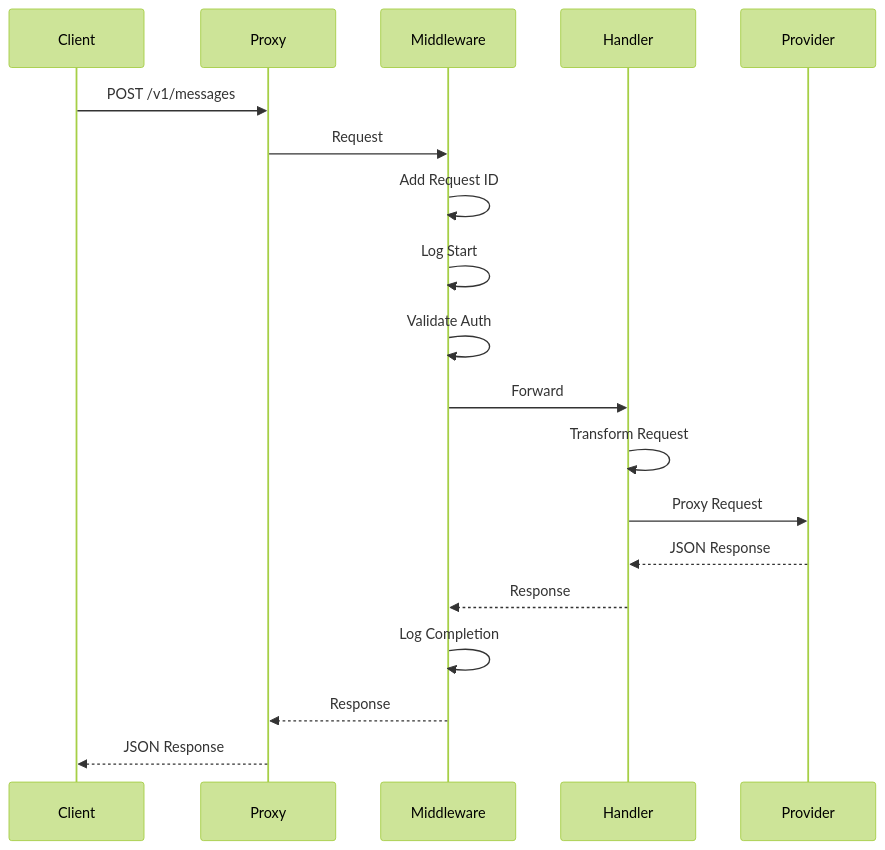
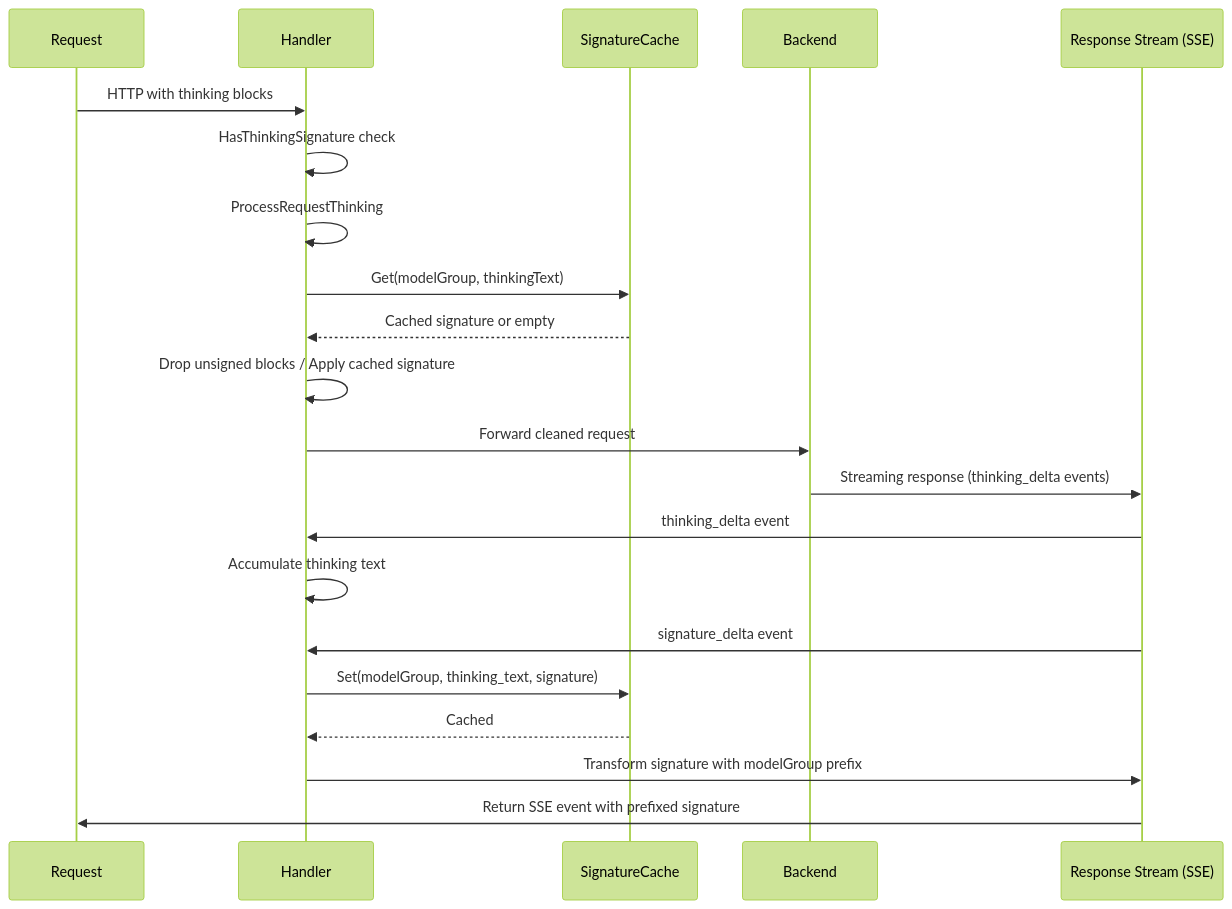
The third of 5 diagrams in docs-site/content/en/docs/architecture.md (omarluq/cc-relay), drawn with Mermaid (forest theme) before and after one commit. The commit also changed other lines of this file and 5 other files, not shown here.

First line of the commit message:
docs: rewrite architecture docs with multi-provider support

````diff
--- a/docs-site/content/en/docs/architecture.md
+++ b/docs-site/content/en/docs/architecture.md
@@ -182,22 +173,25 @@
 ```mermaid
 sequenceDiagram
-    participant Client
-    participant Proxy
-    participant Middleware
+    participant Request
     participant Handler
-    participant Provider
+    participant SignatureCache
+    participant Backend
+    participant ResponseStream as Response Stream (SSE)
 
-    Client->>Proxy: POST /v1/messages
-    Proxy->>Middleware: Request
-    Middleware->>Middleware: Add Request ID
-    Middleware->>Middleware: Log Start
-    Middleware->>Middleware: Validate Auth
-    Middleware->>Handler: Forward
-    Handler->>Handler: Transform Request
-    Handler->>Provider: Proxy Request
-    Provider-->>Handler: JSON Response
-    Handler-->>Middleware: Response
-    Middleware->>Middleware: Log Completion
-    Middleware-->>Proxy: Response
-    Proxy-->>Client: JSON Response
+    Request->>Handler: HTTP with thinking blocks
+    Handler->>Handler: HasThinkingSignature check
+    Handler->>Handler: ProcessRequestThinking
+    Handler->>SignatureCache: Get(modelGroup, thinkingText)
+    SignatureCache-->>Handler: Cached signature or empty
+    Handler->>Handler: Drop unsigned blocks / Apply cached signature
+    Handler->>Backend: Forward cleaned request
+
+    Backend->>ResponseStream: Streaming response (thinking_delta events)
+    ResponseStream->>Handler: thinking_delta event
+    Handler->>Handler: Accumulate thinking text
+    ResponseStream->>Handler: signature_delta event
+    Handler->>SignatureCache: Set(modelGroup, thinking_text, signature)
+    SignatureCache-->>Handler: Cached
+    Handler->>ResponseStream: Transform signature with modelGroup prefix
+    ResponseStream->>Request: Return SSE event with prefixed signature
 ```
````
